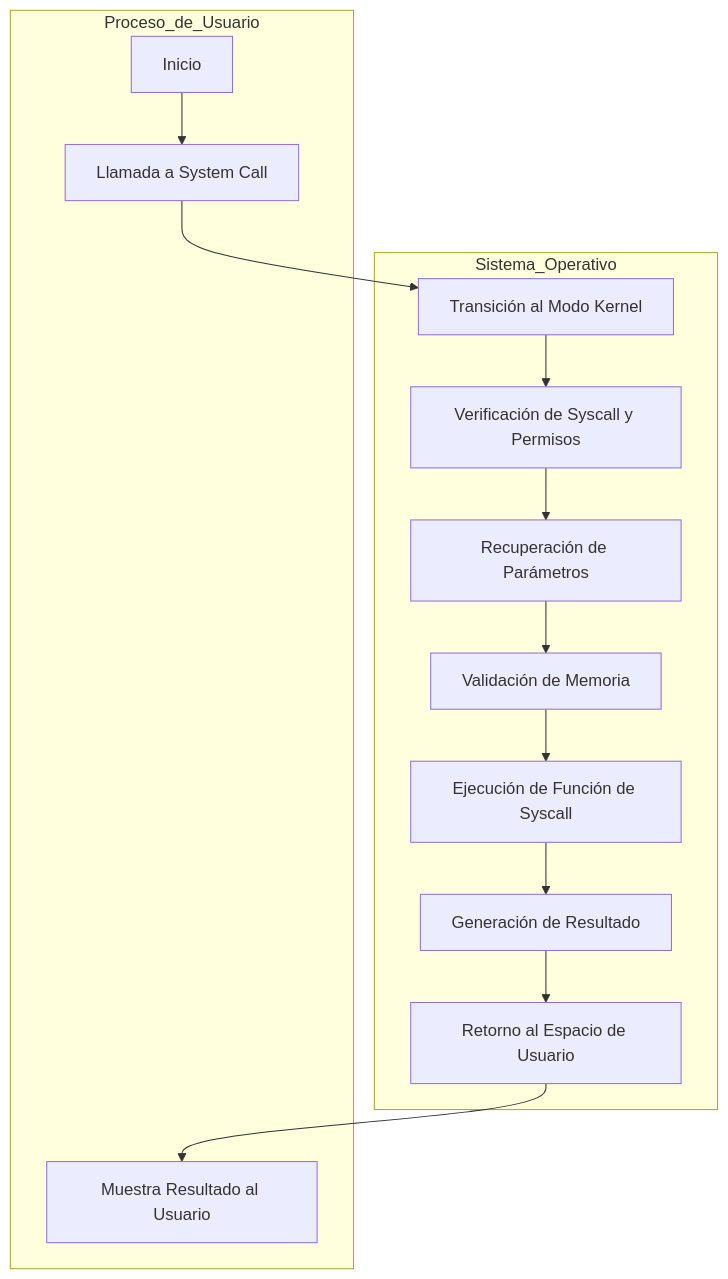
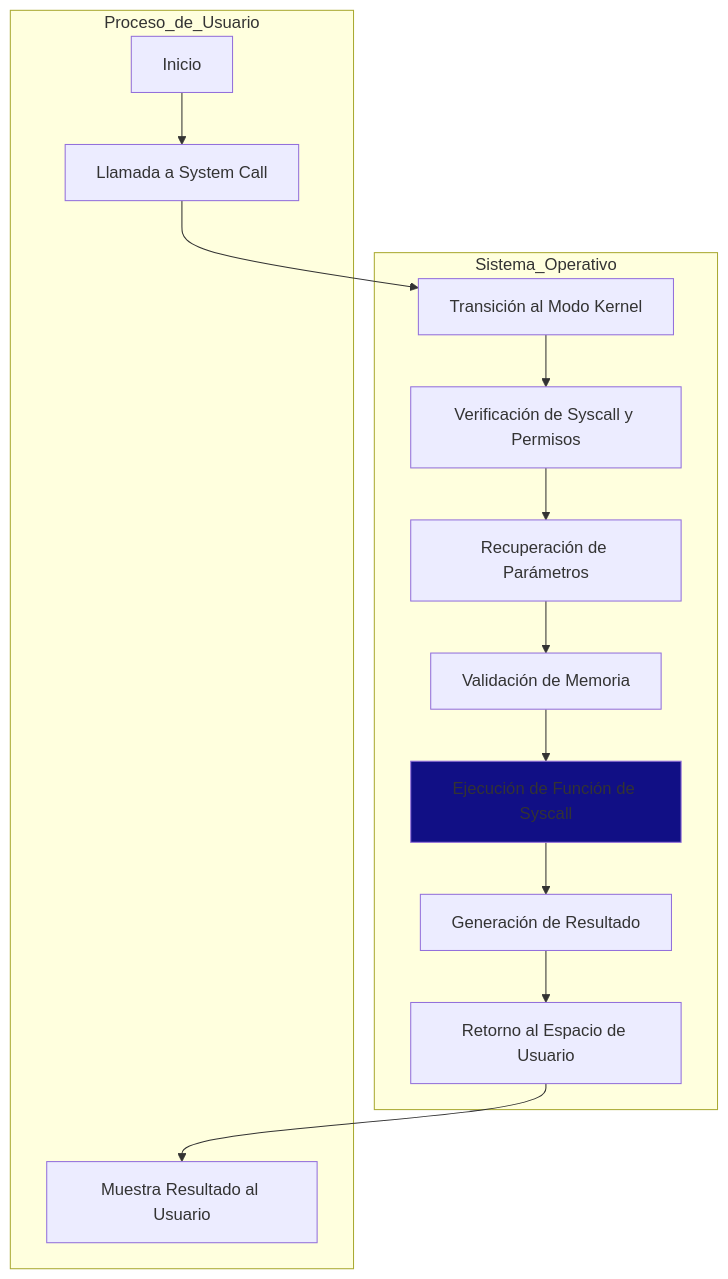
The diagram in README.md (nickolasnolte1/OS-SysCall), drawn with Mermaid before and after one commit.

````diff
--- a/README.md
+++ b/README.md
@@ -25,19 +25,21 @@
 ```mermaid
 graph TD;
     subgraph Proceso_de_Usuario
         A[Inicio] --> B[Llamada a System Call]
     end
     subgraph Sistema_Operativo
         B --> C[Transición al Modo Kernel]
         C --> D[Verificación de Syscall y Permisos]
         D --> E[Recuperación de Parámetros]
         E --> F[Validación de Memoria]
         F --> G[Ejecución de Función de Syscall]
         G --> H[Generación de Resultado]
         H --> I[Retorno al Espacio de Usuario]
     end
     subgraph Proceso_de_Usuario
         I --> J[Muestra Resultado al Usuario]
     end
 
+    style G fill:#110f85;
+
 ```
````
